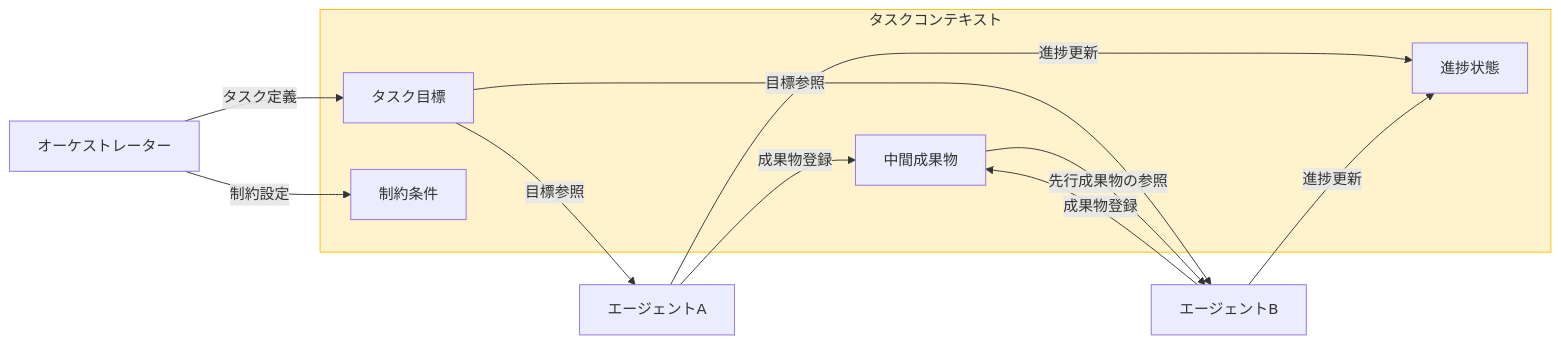
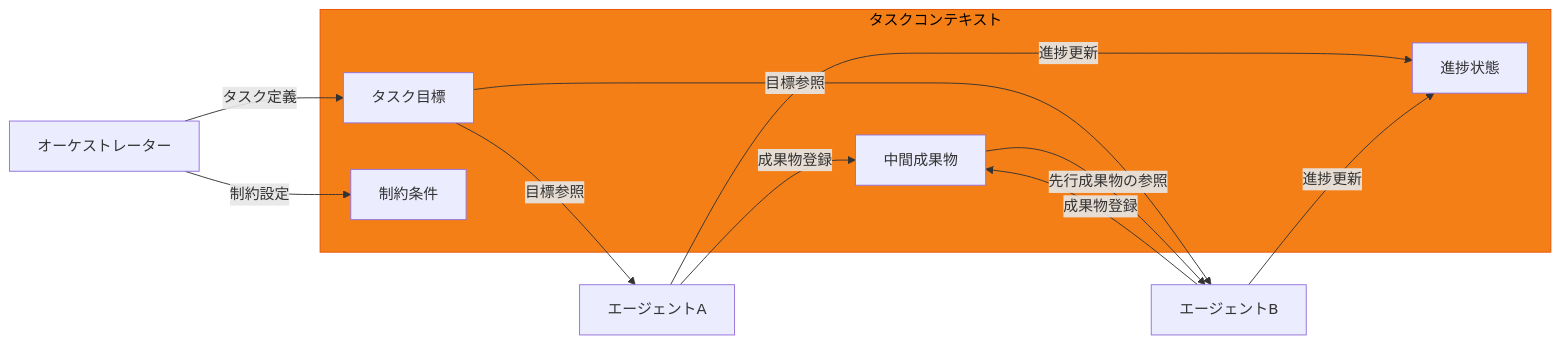
One commit to sogawa-yk/multi-agent-book changed the third of 5 diagrams in manuscript/ch06/ch06.md. Above: the diagram before and after it, drawn with Mermaid. The commit also changed other lines of this file and 4 other files, not shown here.

````diff
--- a/manuscript/ch06/ch06.md
+++ b/manuscript/ch06/ch06.md
@@ -163,24 +191,24 @@
 ```mermaid
 flowchart LR
     subgraph タスクコンテキスト
         Goal["タスク目標"]
         Constraints["制約条件"]
         Progress["進捗状態"]
         Artifacts["中間成果物"]
     end
 
     Orch["オーケストレーター"] -->|"タスク定義"| Goal
     Orch -->|"制約設定"| Constraints
 
     AgentA["エージェントA"] -->|"成果物登録"| Artifacts
     AgentA -->|"進捗更新"| Progress
 
     AgentB["エージェントB"] -->|"成果物登録"| Artifacts
     AgentB -->|"進捗更新"| Progress
 
     Goal -->|"目標参照"| AgentA
     Goal -->|"目標参照"| AgentB
     Artifacts -->|"先行成果物の参照"| AgentB
 
-    style タスクコンテキスト fill:#fff3cd,stroke:#ffc107
+    style タスクコンテキスト fill:#f57f17,stroke:#e65100,color:#000000
 ```
````
